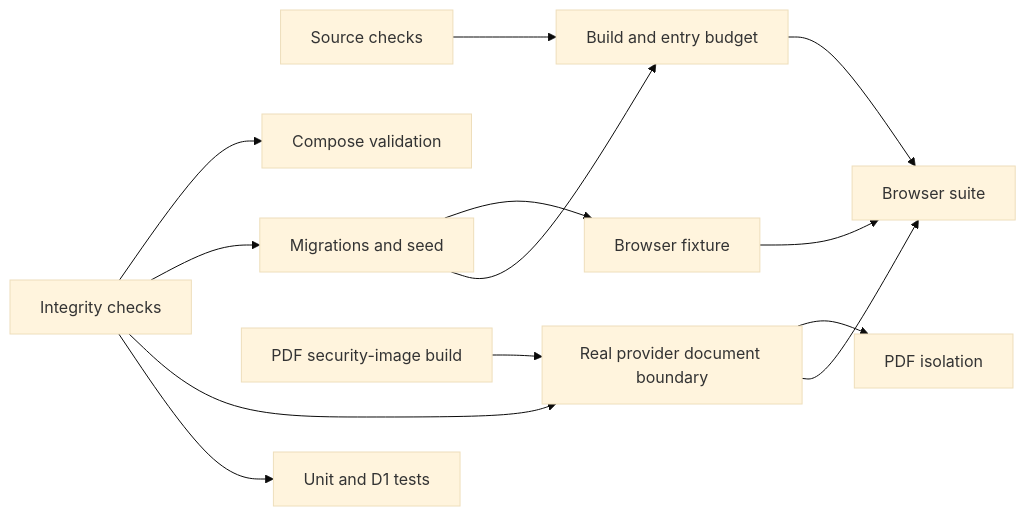
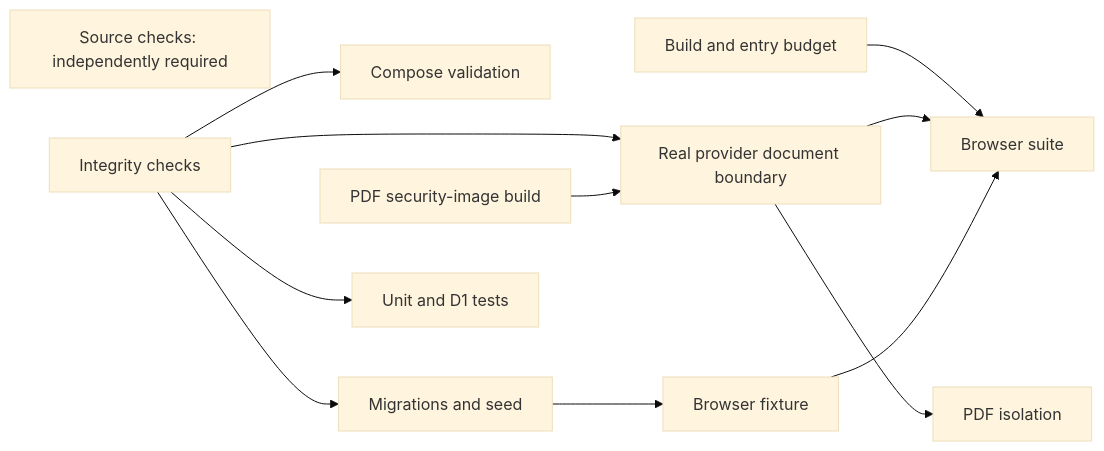
Before and after one commit to cyyapye/keel-fi: the diagram in docs/engineering/ci-performance.md, drawn with Mermaid (base theme). The commit also changed other lines of this file and 2 other files, not shown here.

Commit message:
Admit independent workspace builds before source checks finish

````diff
--- a/docs/engineering/ci-performance.md
+++ b/docs/engineering/ci-performance.md
@@ -95,15 +96,15 @@
 ```mermaid
 flowchart LR
-  source[Source checks] --> build[Build and entry budget]
+  source[Source checks: independently required]
+  build[Build and entry budget]
   integrity[Integrity checks] --> compose[Compose validation]
   integrity --> migrations[Migrations and seed]
   integrity --> provider[Real provider document boundary]
   pdfBuild[PDF security-image build] --> provider
   provider --> pdf[PDF isolation]
   integrity --> unit[Unit and D1 tests]
   migrations --> browserFixture[Browser fixture]
-  migrations --> build
   build --> browser[Browser suite]
   provider --> browser
   browserFixture --> browser
 ```
````
